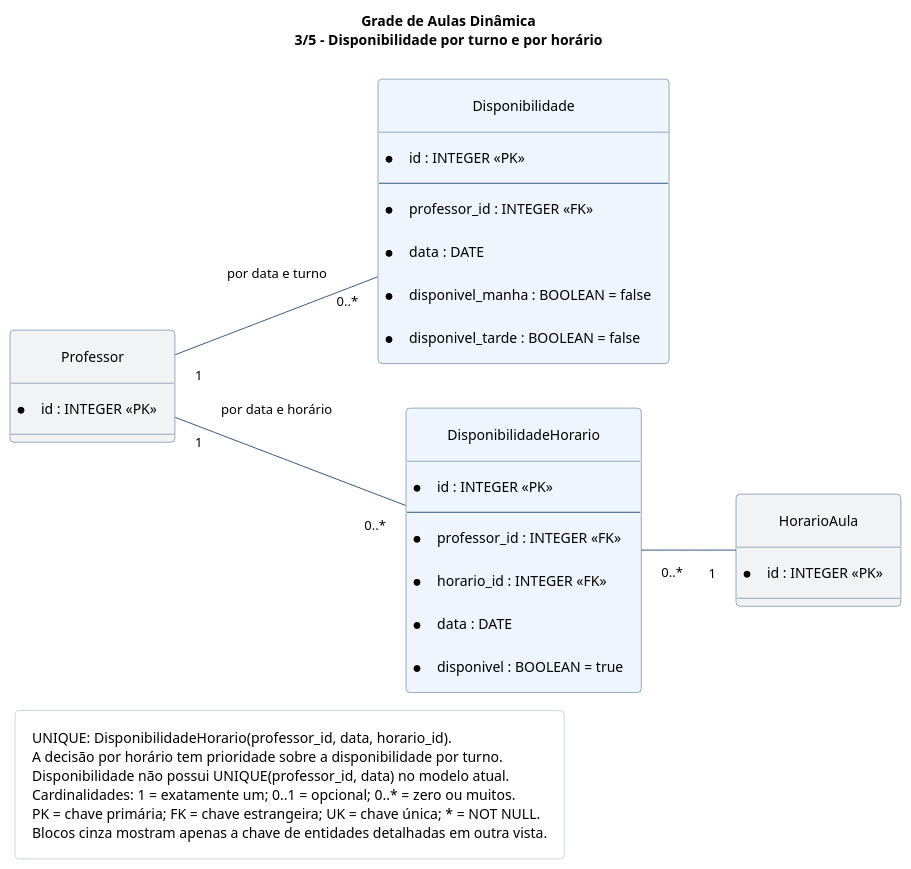
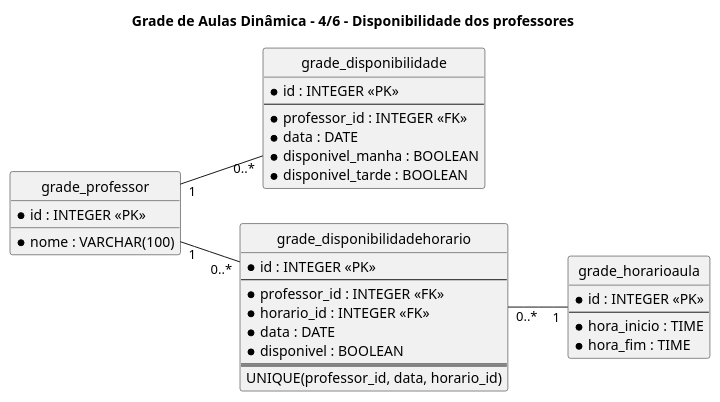
One commit to Jv-dornelas/Grade-de-Aulas-Dinamica changed the fourth of 6 diagrams in docs/diagrama-entidade-relacionamento.puml. Above: the diagram before and after it, drawn with PlantUML. The commit also changed other lines of this file and 17 other files, not shown here.

```diff
--- a/docs/diagrama-entidade-relacionamento.puml
+++ b/docs/diagrama-entidade-relacionamento.puml
@@ -180,57 +225,42 @@
-@startuml DER_03_Disponibilidades
-title
-Grade de Aulas Dinâmica
-3/5 - Disponibilidade por turno e por horário
-end title
+@startuml DER_04_Disponibilidade
+title Grade de Aulas Dinâmica - 4/6 - Disponibilidade dos professores
 left to right direction
 hide circle
-skinparam shadowing false
 skinparam linetype polyline
-skinparam defaultFontName Arial
-skinparam defaultFontSize 14
-skinparam ArrowFontSize 13
-skinparam nodesep 45
-skinparam ranksep 65
-skinparam padding 12
-skinparam roundcorner 8
-skinparam classBorderColor #365B80
-skinparam ArrowColor #365B80
-skinparam legendBackgroundColor #FFFFFF
-skinparam legendBorderColor #CCD6E0
 
-entity "Professor" as Professor #F1F3F5 {
+entity "grade_professor" as Professor {
   * id : INTEGER <<PK>>
+  * nome : VARCHAR(100)
 }
-entity "Disponibilidade" as Disponibilidade #EEF5FC {
+
+entity "grade_disponibilidade" as Disponibilidade {
   * id : INTEGER <<PK>>
   --
   * professor_id : INTEGER <<FK>>
   * data : DATE
-  * disponivel_manha : BOOLEAN = false
-  * disponivel_tarde : BOOLEAN = false
+  * disponivel_manha : BOOLEAN
+  * disponivel_tarde : BOOLEAN
 }
-entity "DisponibilidadeHorario" as DisponibilidadeHorario #EEF5FC {
+
+entity "grade_disponibilidadehorario" as DisponibilidadeHorario {
   * id : INTEGER <<PK>>
   --
   * professor_id : INTEGER <<FK>>
   * horario_id : INTEGER <<FK>>
   * data : DATE
-  * disponivel : BOOLEAN = true
-}
-entity "HorarioAula" as HorarioAula #F1F3F5 {
-  * id : INTEGER <<PK>>
+  * disponivel : BOOLEAN
+  ==
+  UNIQUE(professor_id, data, horario_id)
 }
 
-Professor "1" -- "0..*" Disponibilidade : por data e turno
-Professor "1" -- "0..*" DisponibilidadeHorario : por data e horário
-DisponibilidadeHorario "0..*" -- "1" HorarioAula
+entity "grade_horarioaula" as Horario {
+  * id : INTEGER <<PK>>
+  --
+  * hora_inicio : TIME
+  * hora_fim : TIME
+}
 
-legend bottom left
-  UNIQUE: DisponibilidadeHorario(professor_id, data, horario_id).
-  A decisão por horário tem prioridade sobre a disponibilidade por turno.
-  Disponibilidade não possui UNIQUE(professor_id, data) no modelo atual.
-  Cardinalidades: 1 = exatamente um; 0..1 = opcional; 0..* = zero ou muitos.
-  PK = chave primária; FK = chave estrangeira; UK = chave única; * = NOT NULL.
-  Blocos cinza mostram apenas a chave de entidades detalhadas em outra vista.
-endlegend
+Professor "1" -- "0..*" Disponibilidade
+Professor "1" -- "0..*" DisponibilidadeHorario
+DisponibilidadeHorario "0..*" -- "1" Horario
 @enduml
```
